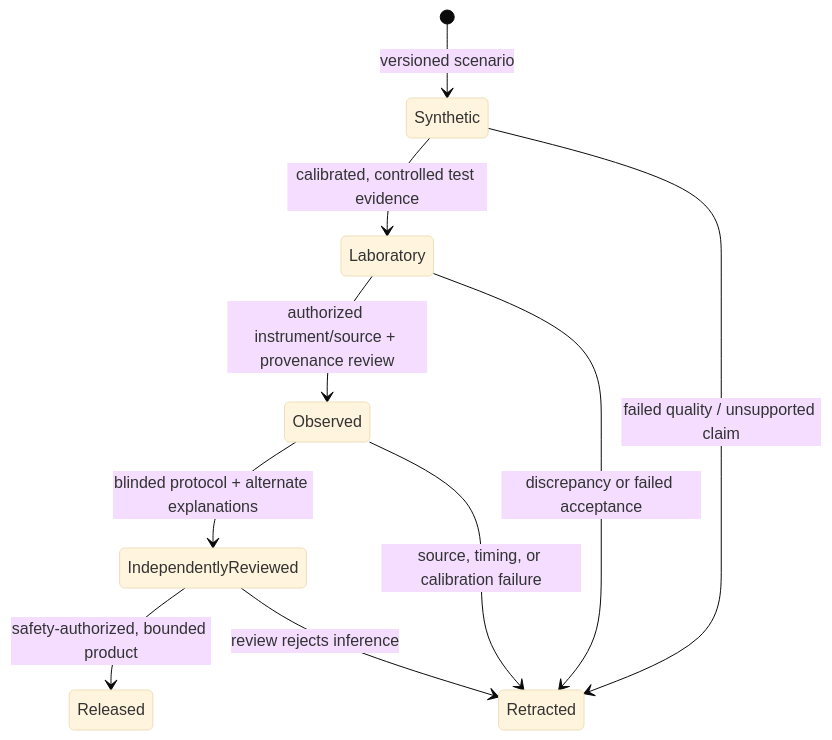
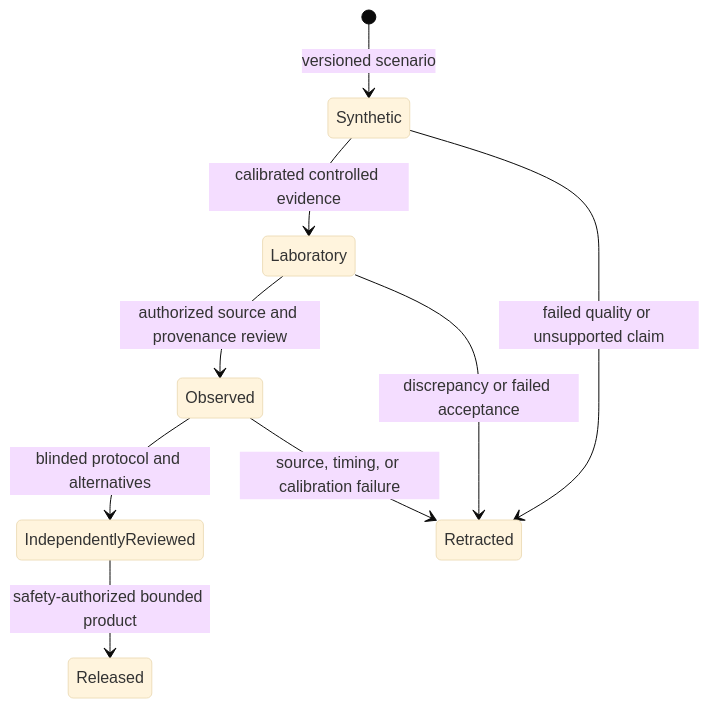
One commit to aartisr/heimdall-electra changed the second of 2 diagrams in README.md. Above: the diagram before and after it, drawn with Mermaid (base theme). The commit also changed other lines of this file and 33 other files, not shown here.

````diff
--- a/README.md
+++ b/README.md
@@ -117,12 +109,11 @@
 ```mermaid
 stateDiagram-v2
     [*] --> Synthetic: versioned scenario
-    Synthetic --> Laboratory: calibrated, controlled test evidence
-    Laboratory --> Observed: authorized instrument/source + provenance review
-    Observed --> IndependentlyReviewed: blinded protocol + alternate explanations
-    IndependentlyReviewed --> Released: safety-authorized, bounded product
-    Synthetic --> Retracted: failed quality / unsupported claim
+    Synthetic --> Laboratory: calibrated controlled evidence
+    Laboratory --> Observed: authorized source and provenance review
+    Observed --> IndependentlyReviewed: blinded protocol and alternatives
+    IndependentlyReviewed --> Released: safety-authorized bounded product
+    Synthetic --> Retracted: failed quality or unsupported claim
     Laboratory --> Retracted: discrepancy or failed acceptance
     Observed --> Retracted: source, timing, or calibration failure
-    IndependentlyReviewed --> Retracted: review rejects inference
 ```
````
